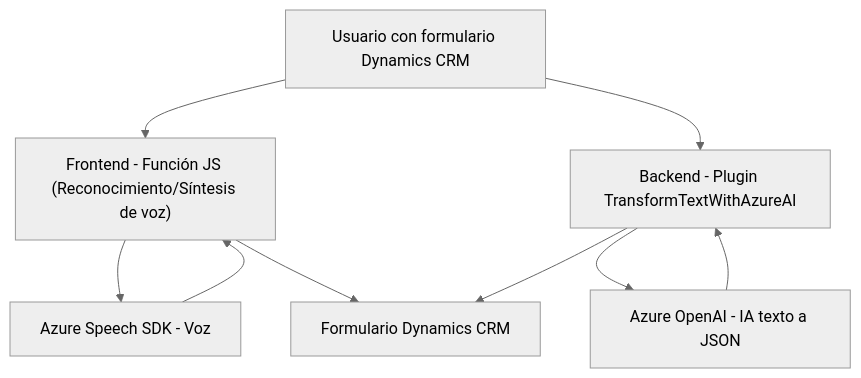
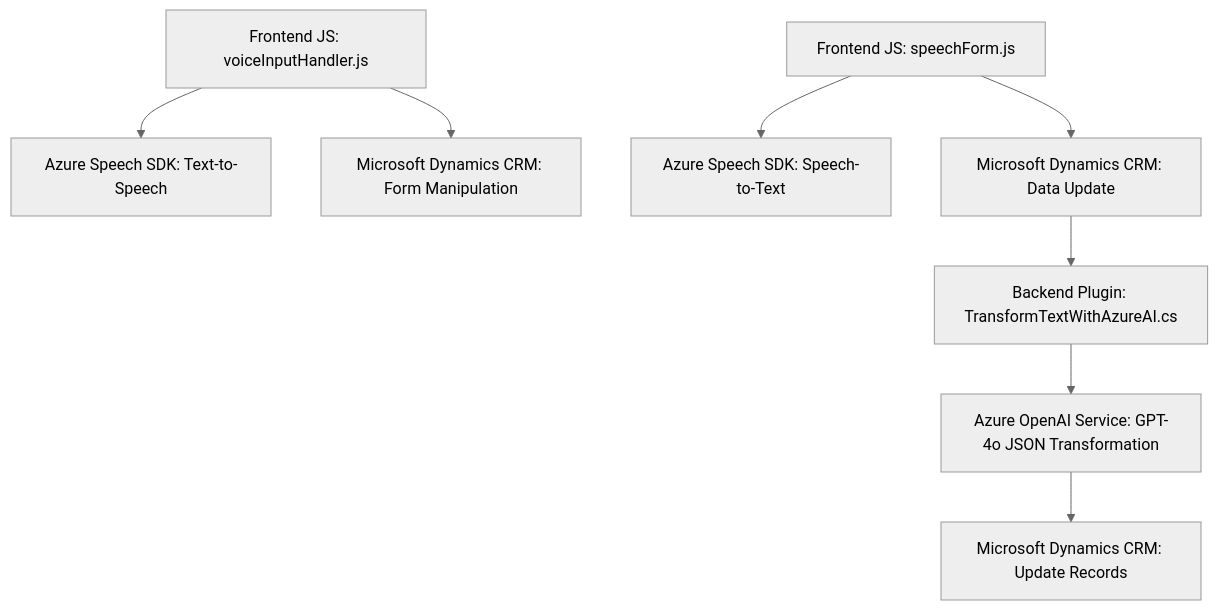
One commit to blopezdm/NETCORE_BILBAO2025 changed the diagram in README.md. Above: the diagram before and after it, drawn with Mermaid (neutral theme). The commit also changed other lines of this file, not shown here.

Commit message:
Actualizar análisis global de la solución con IA

````diff
--- a/README.md
+++ b/README.md
@@ -61,18 +47,10 @@
 ```mermaid
 graph TD
-    A["Usuario con formulario Dynamics CRM"]
-    B["Frontend - Función JS (Reconocimiento/Síntesis de voz)"]
-    C["Azure Speech SDK - Voz"]
-    D["Backend - Plugin TransformTextWithAzureAI"]
-    E["Azure OpenAI - IA texto a JSON"]
-    F["Formulario Dynamics CRM"]
-
-    A --> B
-    B --> C
-    C --> B
-    B --> F
-    A --> D
-    D --> E
-    E --> D
-    D --> F
+    A["Frontend JS: voiceInputHandler.js"] --> B["Azure Speech SDK: Text-to-Speech"]
+    A --> C["Microsoft Dynamics CRM: Form Manipulation"]
+    D["Frontend JS: speechForm.js"] --> E["Azure Speech SDK: Speech-to-Text"]
+    D --> F["Microsoft Dynamics CRM: Data Update"]
+    G["Backend Plugin: TransformTextWithAzureAI.cs"] --> H["Azure OpenAI Service: GPT-4o JSON Transformation"]
+    F --> G
+    H --> I["Microsoft Dynamics CRM: Update Records"]
 ```
````
